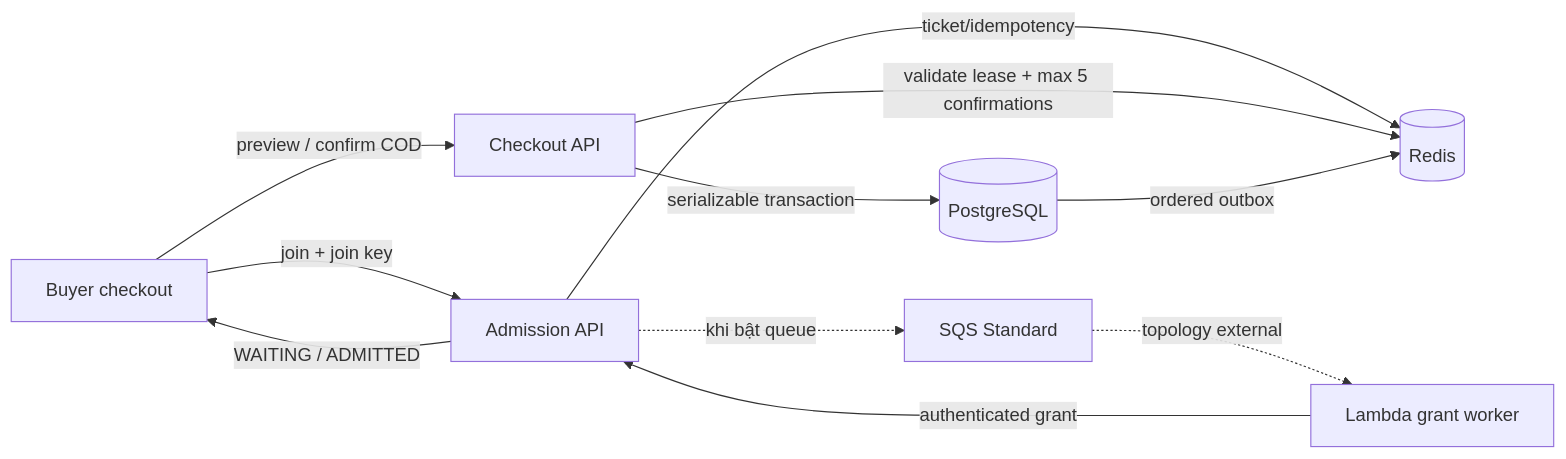
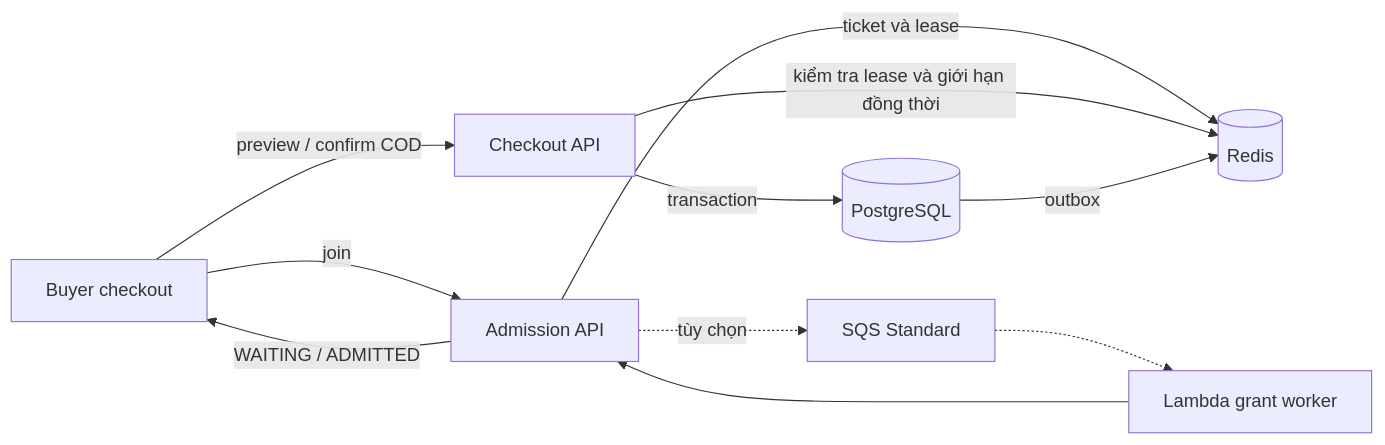
Before and after one commit to datnguyen101004/shopee_clone: the diagram in README.md, drawn with Mermaid. The commit also changed other lines of this file, not shown here.

````diff
--- a/README.md
+++ b/README.md
@@ -379,13 +378,13 @@
 ```mermaid
 flowchart LR
-  B[Buyer checkout] -->|join + join key| A[Admission API]
-  A -->|ticket/idempotency| R[(Redis)]
-  A -.->|khi bật queue| Q[SQS Standard]
-  Q -.->|topology external| L[Lambda grant worker]
-  L -->|authenticated grant| A
+  B[Buyer checkout] -->|join| A[Admission API]
+  A -->|ticket và lease| R[(Redis)]
+  A -.->|tùy chọn| Q[SQS Standard]
+  Q -.-> L[Lambda grant worker]
+  L --> A
   A -->|WAITING / ADMITTED| B
   B -->|preview / confirm COD| C[Checkout API]
-  C -->|validate lease + max 5 confirmations| R
-  C -->|serializable transaction| P[(PostgreSQL)]
-  P -->|ordered outbox| R
+  C -->|kiểm tra lease và giới hạn đồng thời| R
+  C -->|transaction| P[(PostgreSQL)]
+  P -->|outbox| R
 ```
````
